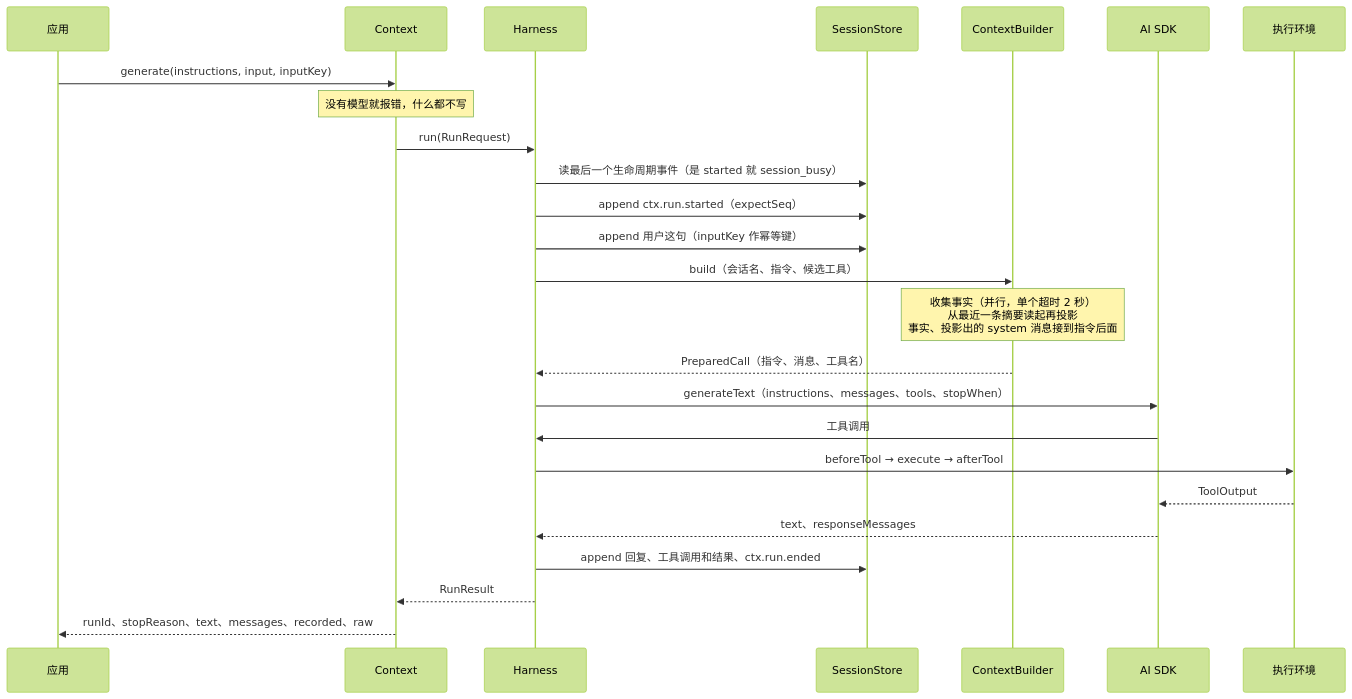
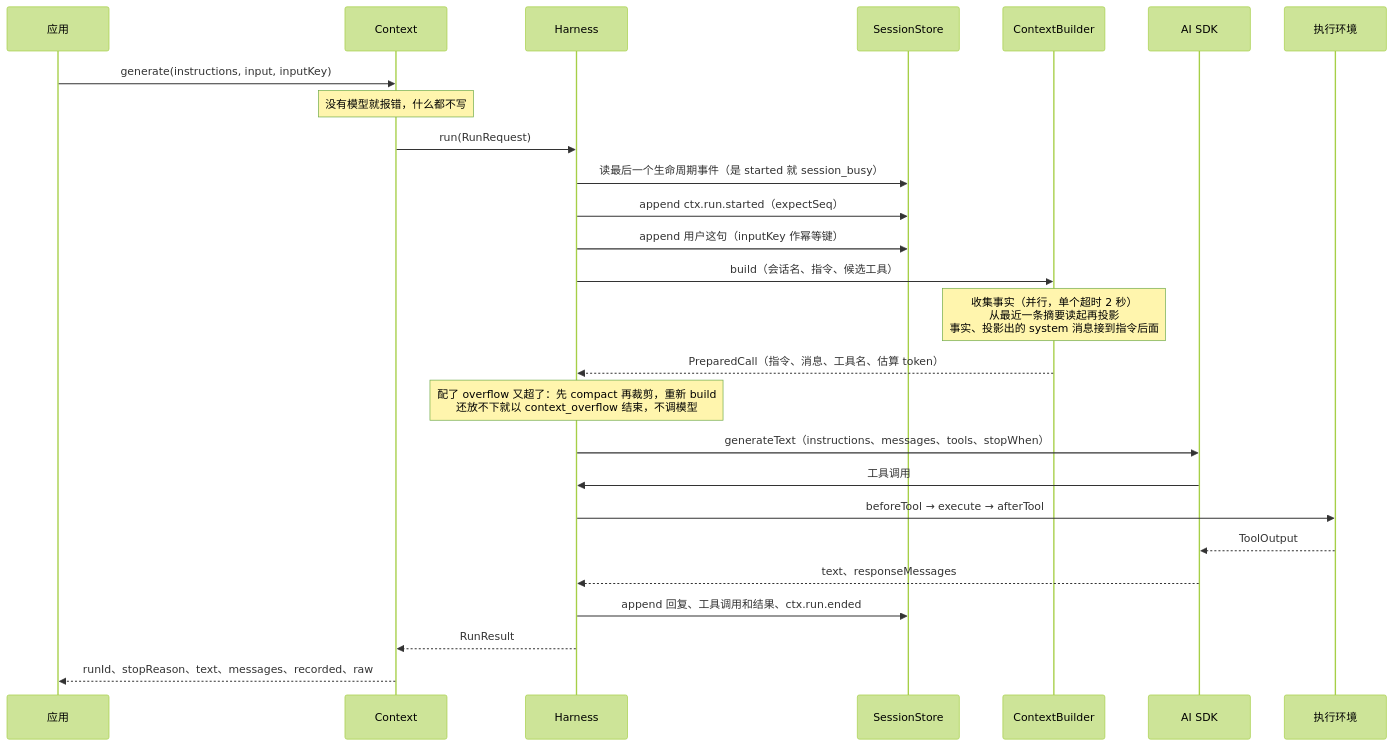
The third of 5 diagrams in docs/architecture.md (modelctx-ai/ctx), drawn with Mermaid (forest theme) before and after one commit. The commit also changed other lines of this file and 22 other files, not shown here.

````diff
--- a/docs/architecture.md
+++ b/docs/architecture.md
@@ -101,27 +101,28 @@
 ```mermaid
 sequenceDiagram
   participant App as 应用
   participant Ctx as Context
   participant H as Harness
   participant Store as SessionStore
   participant B as ContextBuilder
   participant SDK as AI SDK
   participant Ex as 执行环境
   App->>Ctx: generate(instructions, input, inputKey)
   Note over Ctx: 没有模型就报错，什么都不写
   Ctx->>H: run(RunRequest)
   H->>Store: 读最后一个生命周期事件（是 started 就 session_busy）
   H->>Store: append ctx.run.started（expectSeq）
   H->>Store: append 用户这句（inputKey 作幂等键）
   H->>B: build（会话名、指令、候选工具）
   Note over B: 收集事实（并行，单个超时 2 秒）<br/>从最近一条摘要读起再投影<br/>事实、投影出的 system 消息接到指令后面
-  B-->>H: PreparedCall（指令、消息、工具名）
+  B-->>H: PreparedCall（指令、消息、工具名、估算 token）
+  Note over H: 配了 overflow 又超了：先 compact 再裁剪，重新 build<br/>还放不下就以 context_overflow 结束，不调模型
   H->>SDK: generateText（instructions、messages、tools、stopWhen）
   SDK->>H: 工具调用
   H->>Ex: beforeTool → execute → afterTool
   Ex-->>SDK: ToolOutput
   SDK-->>H: text、responseMessages
   H->>Store: append 回复、工具调用和结果、ctx.run.ended
   H-->>Ctx: RunResult
   Ctx-->>App: runId、stopReason、text、messages、recorded、raw
 ```
````
